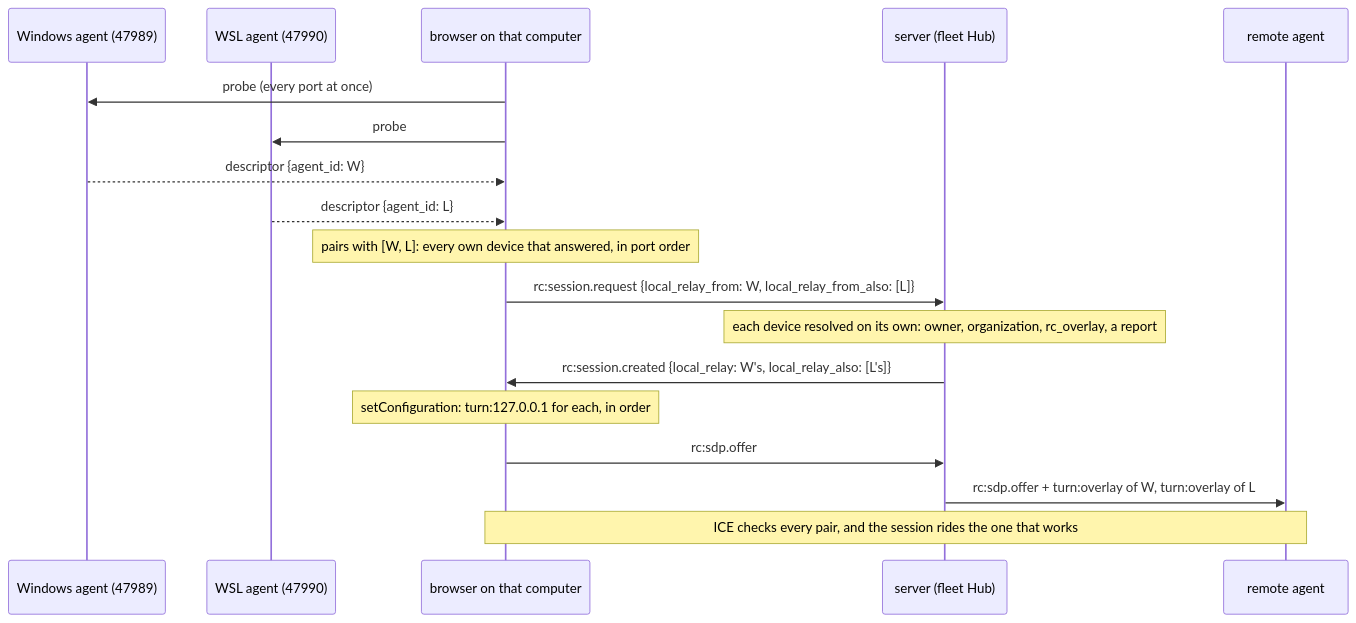
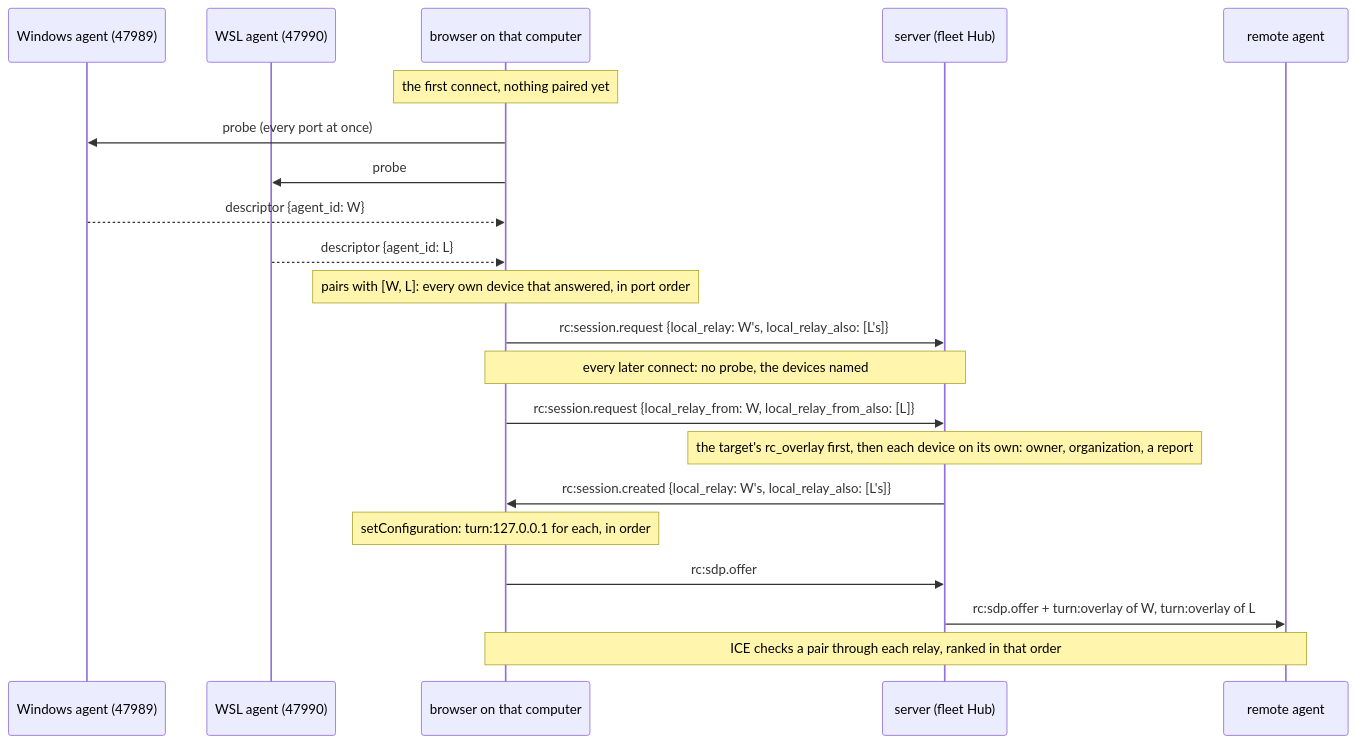
One commit to gjovanov/roomler-ai changed the second of 2 diagrams in docs/fr/FR-121-local-relay-from-the-server.md. Above: the diagram before and after it, drawn with Mermaid. The commit also changed other lines of this file and 13 other files, not shown here.

First line of the commit message:
fix(fr-121): P3b after review — the one look at an old pairing, rc_overlay first, a stale tab's newer choice

````diff
--- a/docs/fr/FR-121-local-relay-from-the-server.md
+++ b/docs/fr/FR-121-local-relay-from-the-server.md
@@ -178,20 +178,23 @@
 ```mermaid
 sequenceDiagram
     participant W as Windows agent (47989)
     participant L as WSL agent (47990)
     participant B as browser on that computer
     participant S as server (fleet Hub)
     participant R as remote agent
+    Note over B: the first connect, nothing paired yet
     B->>W: probe (every port at once)
     B->>L: probe
     W-->>B: descriptor {agent_id: W}
     L-->>B: descriptor {agent_id: L}
     Note over B: pairs with [W, L]: every own device that answered, in port order
+    B->>S: rc:session.request {local_relay: W's, local_relay_also: [L's]}
+    Note over B,S: every later connect: no probe, the devices named
     B->>S: rc:session.request {local_relay_from: W, local_relay_from_also: [L]}
-    Note over S: each device resolved on its own: owner, organization, rc_overlay, a report
+    Note over S: the target's rc_overlay first, then each device on its own: owner, organization, a report
     S->>B: rc:session.created {local_relay: W's, local_relay_also: [L's]}
     Note over B: setConfiguration: turn:127.0.0.1 for each, in order
     B->>S: rc:sdp.offer
     S->>R: rc:sdp.offer + turn:overlay of W, turn:overlay of L
-    Note over B,R: ICE checks every pair, and the session rides the one that works
+    Note over B,R: ICE checks a pair through each relay, ranked in that order
 ```
````
